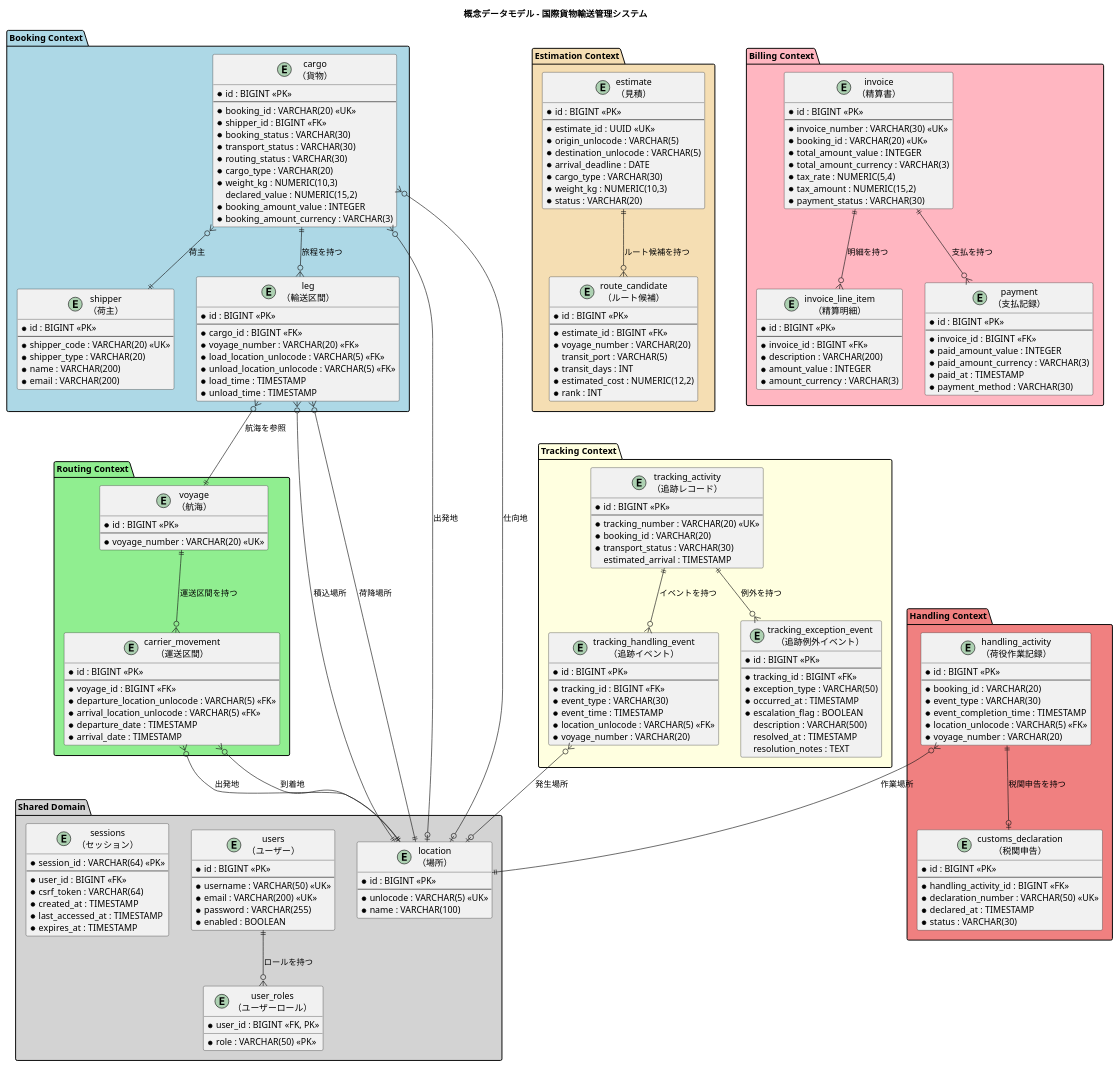
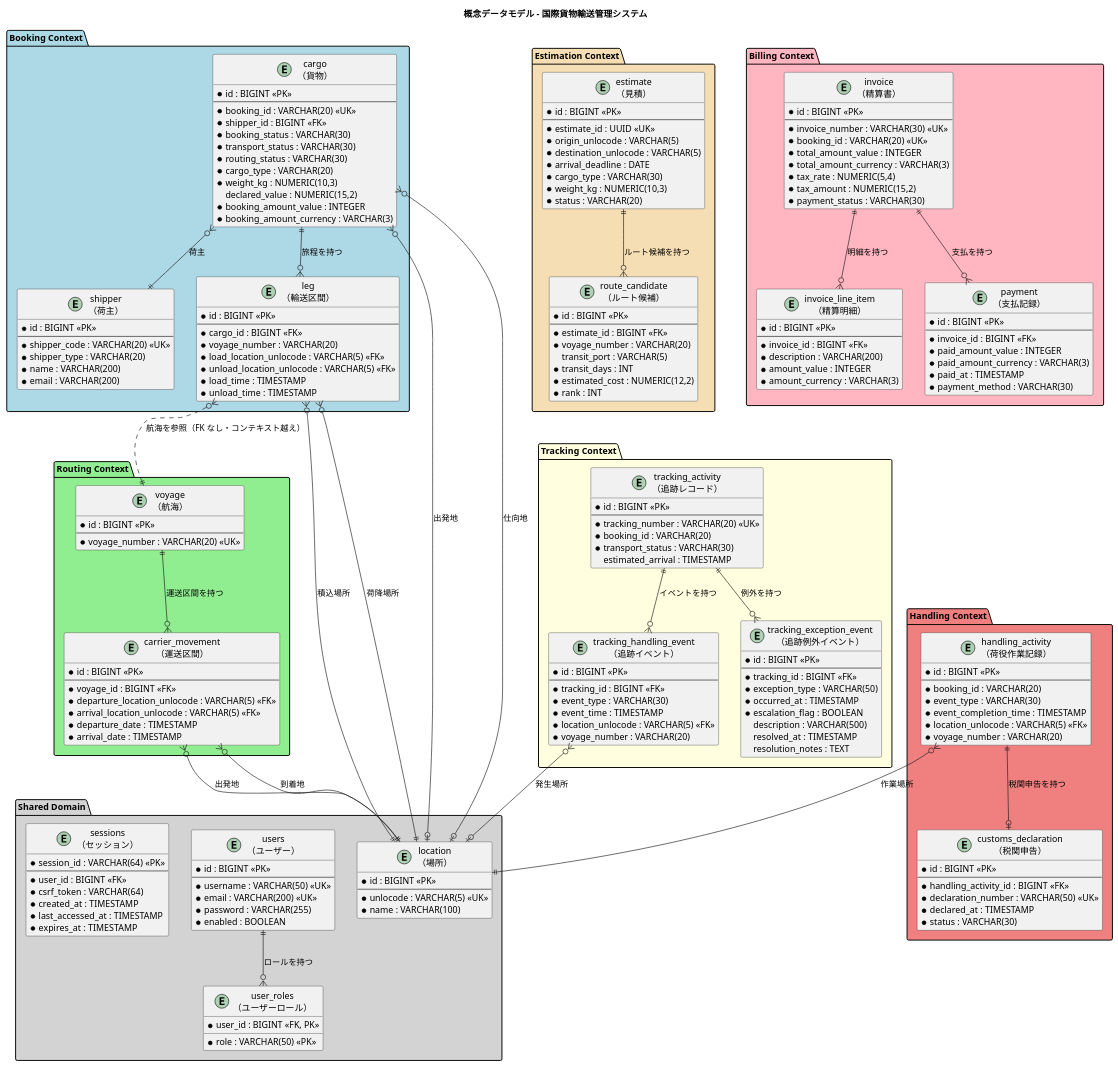
The first of 9 diagrams in docs/design/data-model.md (k2works/case-study-cargo-tracker), drawn with PlantUML before and after one commit. The commit also changed other lines of this file and 5 other files, not shown here.

```diff
--- a/docs/design/data-model.md
+++ b/docs/design/data-model.md
@@ -102,7 +102,7 @@
     * id : BIGINT <<PK>>
     --
     * cargo_id : BIGINT <<FK>>
-    * voyage_number : VARCHAR(20) <<FK>>
+    * voyage_number : VARCHAR(20)
     * load_location_unlocode : VARCHAR(5) <<FK>>
     * unload_location_unlocode : VARCHAR(5) <<FK>>
     * load_time : TIMESTAMP
@@ -243,7 +243,7 @@
 ' Booking Context relations
 cargo }o--|| shipper : "荷主"
 cargo ||--o{ leg : "旅程を持つ"
-leg }o--|| voyage : "航海を参照"
+leg }o..|| voyage : "航海を参照（FK なし・コンテキスト越え）"
 leg }o--|| location : "積込場所"
 leg }o--|| location : "荷降場所"
 cargo }o--o| location : "出発地"
```
